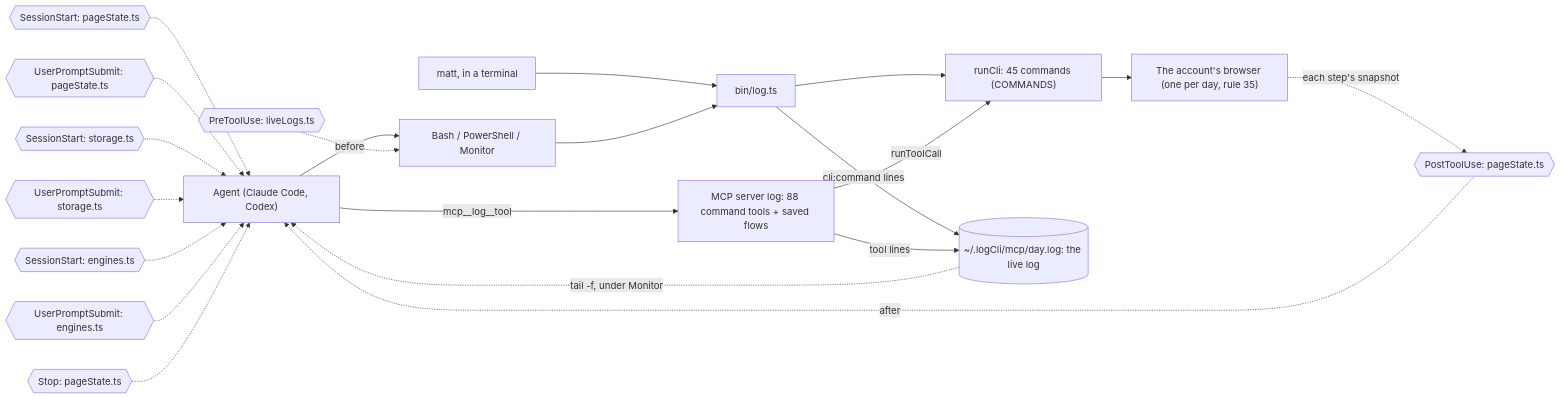
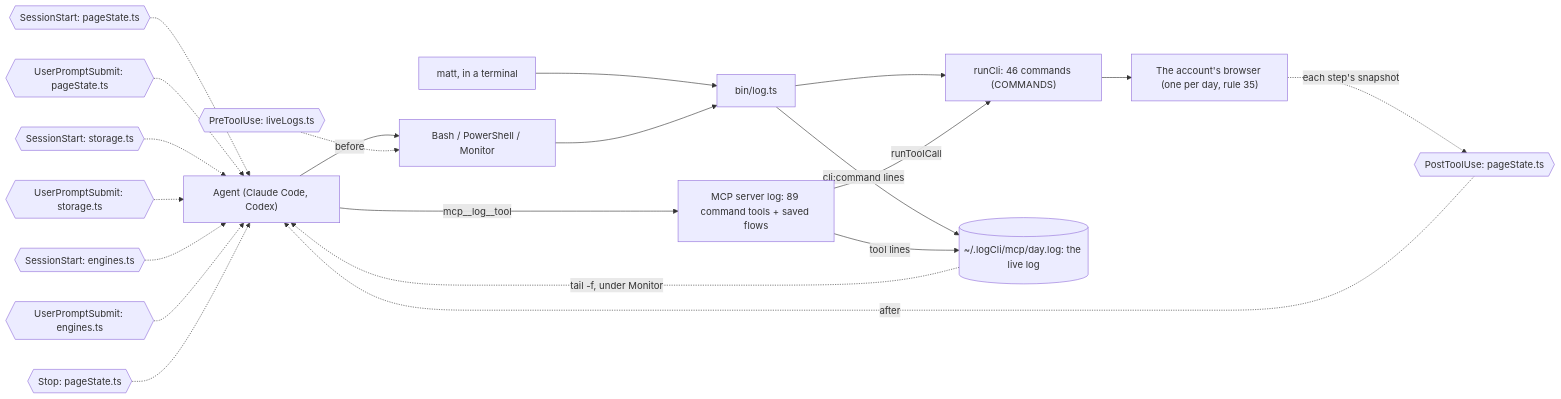
One commit to matthewdonsemail-lab/log changed the second of 5 diagrams in README.md. Above: the diagram before and after it, drawn with Mermaid. The commit also changed other lines of this file and 37 other files, not shown here.

````diff
--- a/README.md
+++ b/README.md
@@ -145,31 +145,31 @@
 ```mermaid
 flowchart LR
   agent["Agent (Claude Code, Codex)"]
   matt["matt, in a terminal"]
   shell["Bash / PowerShell / Monitor"]
-  mcp["MCP server log: 88 command tools + saved flows"]
+  mcp["MCP server log: 89 command tools + saved flows"]
   bin["bin/log.ts"]
-  runCli["runCli: 45 commands (COMMANDS)"]
+  runCli["runCli: 46 commands (COMMANDS)"]
   live[("~/.logCli/mcp/day.log: the live log")]
   browser["The account's browser (one per day, rule 35)"]
   agent --> shell
   matt --> bin
   shell --> bin
   agent -->|mcp__log__tool| mcp
   bin --> runCli
   mcp -->|runToolCall| runCli
   runCli --> browser
   bin -->|cli:command lines| live
   mcp -->|tool lines| live
   live -.->|tail -f, under Monitor| agent
   pre0{{"PreToolUse: liveLogs.ts"}} -.->|before| shell
   post0{{"PostToolUse: pageState.ts"}} -.->|after| agent
   turn0{{"SessionStart: pageState.ts"}} -.-> agent
   turn1{{"UserPromptSubmit: pageState.ts"}} -.-> agent
   turn2{{"SessionStart: storage.ts"}} -.-> agent
   turn3{{"UserPromptSubmit: storage.ts"}} -.-> agent
   turn4{{"SessionStart: engines.ts"}} -.-> agent
   turn5{{"UserPromptSubmit: engines.ts"}} -.-> agent
   turn6{{"Stop: pageState.ts"}} -.-> agent
   browser -.->|each step's snapshot| post0
 ```
````
